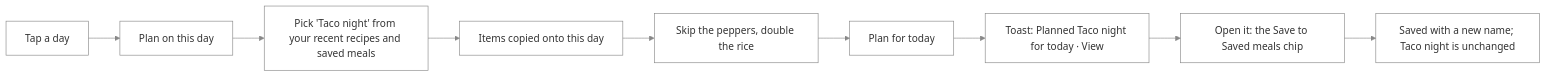
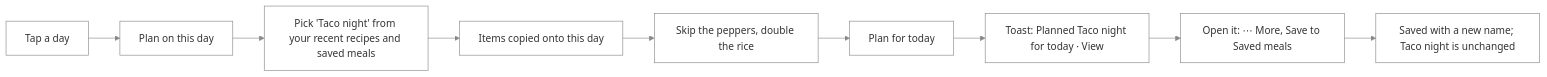
Before and after one commit to NovaMoonX/moondreams-dev-apps: diagram 42 of 55 in src/apps/pinch/UX.md, drawn with Mermaid. The commit also changed other lines of this file and 4 other files, not shown here.

First line of the commit message:
Pinch round 7: docs for the planned meal's plate-first view and its More

````diff
--- a/src/apps/pinch/UX.md
+++ b/src/apps/pinch/UX.md
@@ -1373,7 +1374,7 @@
 ```mermaid
 %%{init: {'theme': 'base', 'themeVariables': {'primaryColor': 'transparent', 'clusterBkg': 'transparent', 'primaryBorderColor': '#888888', 'clusterBorder': '#888888', 'lineColor': '#888888', 'primaryTextColor': '#333333'}}}%%
 flowchart LR
     A[Tap a day] --> B[Plan on this day] --> C["Pick 'Taco night' from your recent recipes and saved meals"] --> D["Items copied onto this day"]
     D --> E["Skip the peppers, double the rice"] --> F[Plan for today]
-    F --> G["Toast: Planned Taco night for today · View"] --> H["Open it: the Save to Saved meals chip"] --> I["Saved with a new name; Taco night is unchanged"]
+    F --> G["Toast: Planned Taco night for today · View"] --> H["Open it: ⋯ More, Save to Saved meals"] --> I["Saved with a new name; Taco night is unchanged"]
 ```
````
